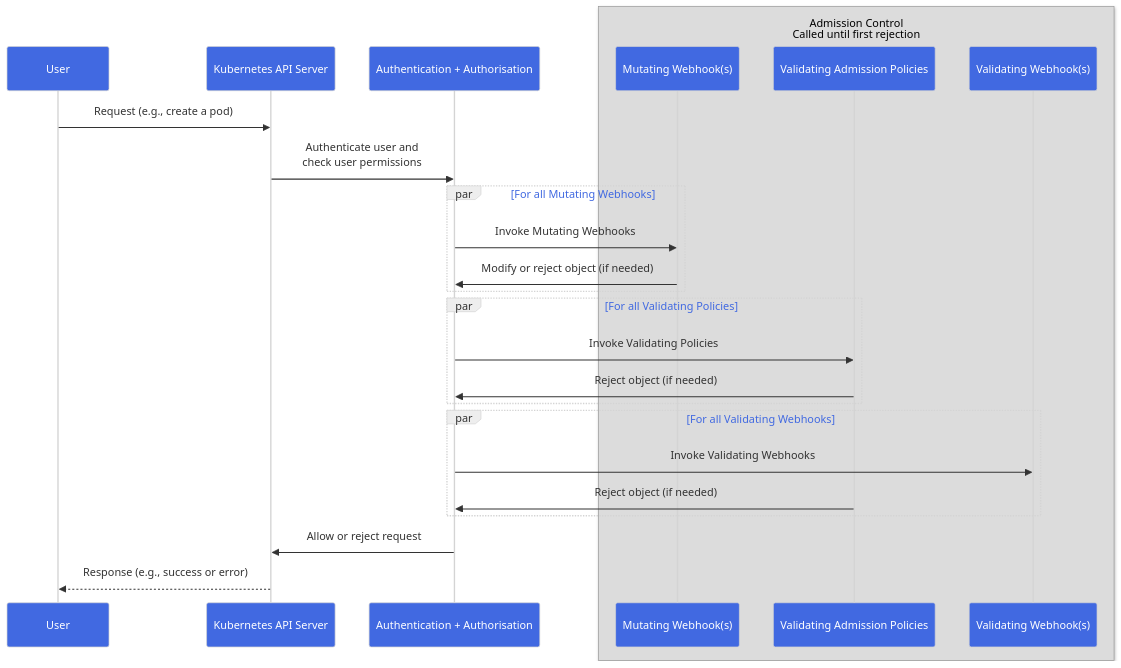
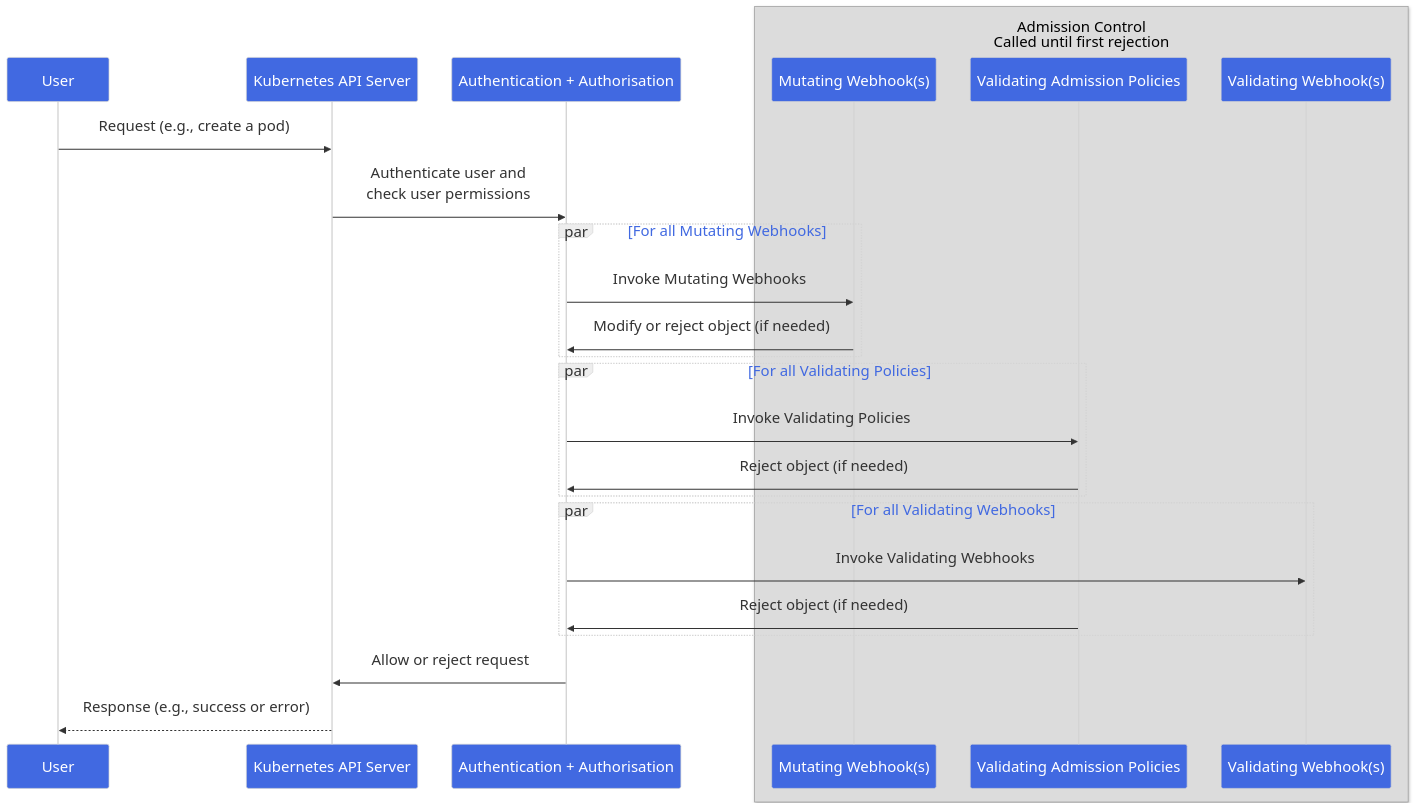
The diagram in content/en/docs/reference/access-authn-authz/admission-controllers.md (kubernetes/website), drawn with Mermaid before and after one commit.

Commit message:
Fix font size issue

```diff
--- a/content/en/docs/reference/access-authn-authz/admission-controllers.md
+++ b/content/en/docs/reference/access-authn-authz/admission-controllers.md
@@ -64,51 +64,51 @@
 {{< mermaid >}} 
 
 
-
-%%{init:{"theme":"neutral", "sequence": {"mirrorActors":true},
+%% Have to set fontSize globally as this isn't respected due to https://github.com/mermaid-js/mermaid/issues/3990
+%%{init:{"theme":"neutral","fontSize": "22px", "sequence": {"mirrorActors":true},
     "themeVariables": {
         "actorBkg":"royalblue",
         "actorTextColor":"white",
         "loopTextColor": "royalblue",
         "noteBkgColor": "grey",
         "fontSize": "22px"
 }}}%%
 sequenceDiagram
 
     %% This is the alt-text for accessibility, and should be updated every time the diagram is.
     accDescr {
         Sequence diagram for kube-apiserver handling requests during the admission phase showing mutation webhooks, followed by validatingadmissionpolicies and finally validating webhooks. 
         It shows that the continue until the first rejection, or being accepted by all of them. 
         It also shows that mutations by mutating webhooks cause all previously called webhooks to be called again.
     }
 
     participant User as User 
     participant API as Kubernetes API Server
     participant Auth as Authentication + Authorisation
     %% participant AdmCtrl as Admission Control
     box Gainsboro  Admission Control <br>Called until first rejection
     participant MutatingWebhook as Mutating Webhook(s)
     participant ValidatingPol as Validating Admission Policies
     participant ValidatingWebhook as Validating Webhook(s)
     end
 
 
     User ->> API : Request (e.g., create a pod) 
     API ->> Auth: Authenticate user and <br>check user permissions
 
     par For all Mutating Webhooks
         Auth ->> MutatingWebhook: Invoke Mutating Webhooks
         MutatingWebhook ->> Auth: Modify or reject object (if needed)
     end
     par For all Validating Policies
     Auth ->> ValidatingPol: Invoke Validating Policies
     ValidatingPol ->> Auth: Reject object (if needed)
     end
     par For all Validating Webhooks
     Auth ->> ValidatingWebhook: Invoke Validating Webhooks
     ValidatingPol ->> Auth: Reject object (if needed)
     end
     Auth ->> API: Allow or reject request
 
     API -->> User: Response  (e.g., success or error)
 {{< /mermaid >}} 
```
